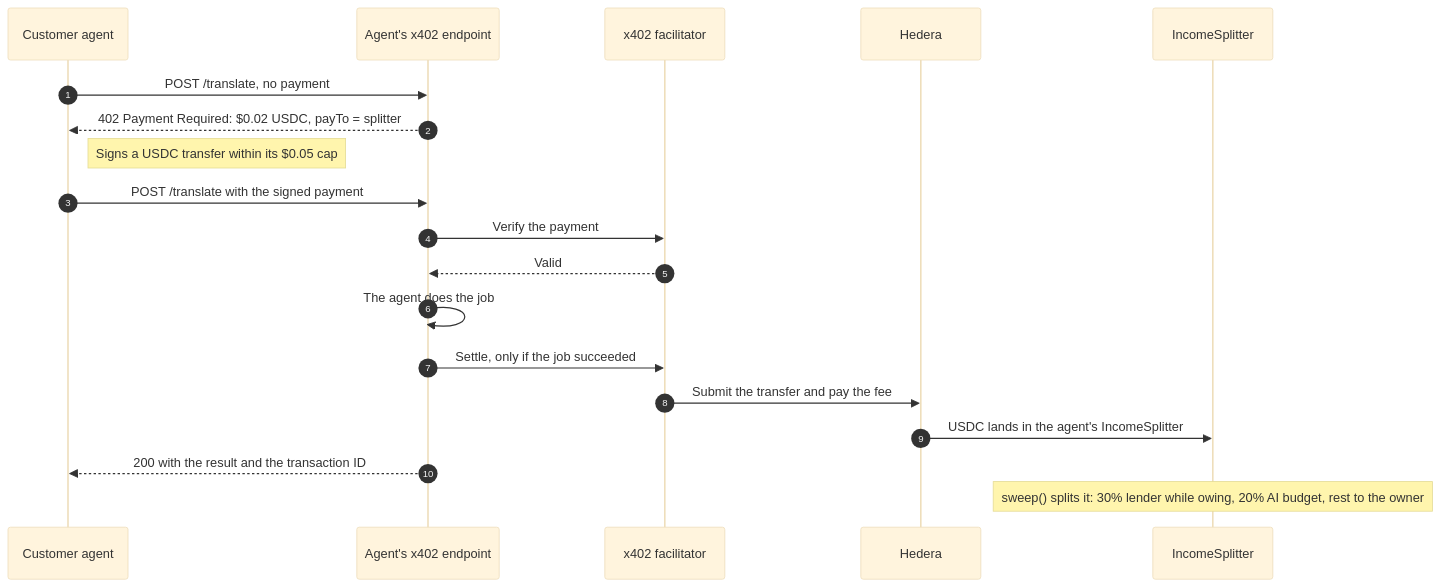
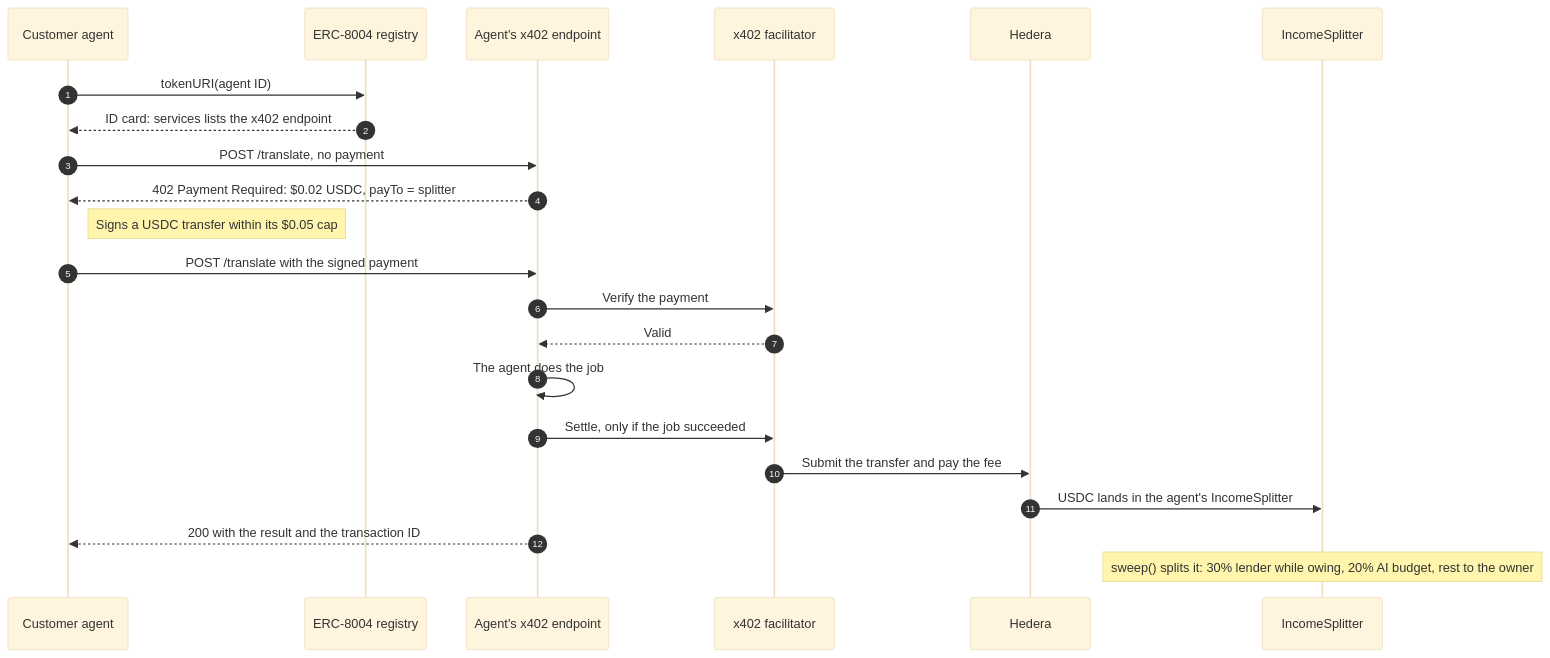
Before and after one commit to vansh0112/overdraft: the diagram in README.md, drawn with Mermaid (base theme). The commit also changed other lines of this file and 6 other files, not shown here.

First line of the commit message:
feat(gateway): find an agent's x402 endpoint from its ERC-8004 card

````diff
--- a/README.md
+++ b/README.md
@@ -64,21 +65,24 @@
 ```mermaid
 sequenceDiagram
     autonumber
     participant C as Customer agent
+    participant R as ERC-8004 registry
     participant G as Agent's x402 endpoint
     participant F as x402 facilitator
     participant H as Hedera
     participant S as IncomeSplitter
+    C->>R: tokenURI(agent ID)
+    R-->>C: ID card: services lists the x402 endpoint
     C->>G: POST /translate, no payment
     G-->>C: 402 Payment Required: $0.02 USDC, payTo = splitter
     Note right of C: Signs a USDC transfer within its $0.05 cap
     C->>G: POST /translate with the signed payment
     G->>F: Verify the payment
     F-->>G: Valid
     G->>G: The agent does the job
     G->>F: Settle, only if the job succeeded
     F->>H: Submit the transfer and pay the fee
     H->>S: USDC lands in the agent's IncomeSplitter
     G-->>C: 200 with the result and the transaction ID
     Note over S: sweep() splits it: 30% lender while owing, 20% AI budget, rest to the owner
 ```
````
